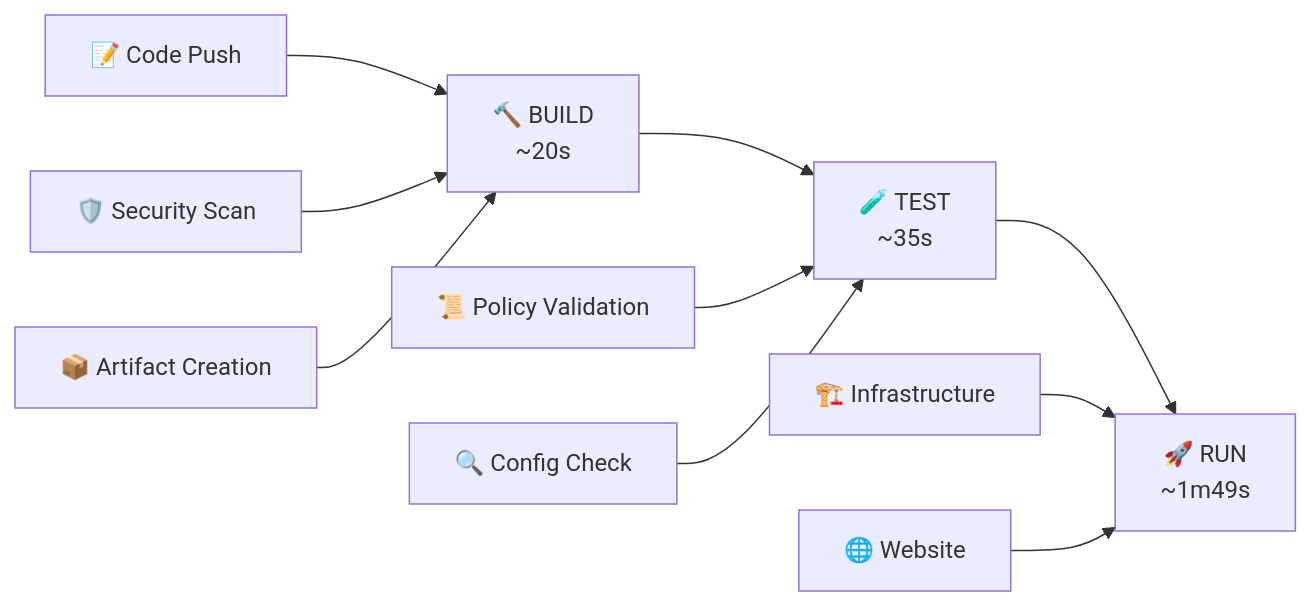
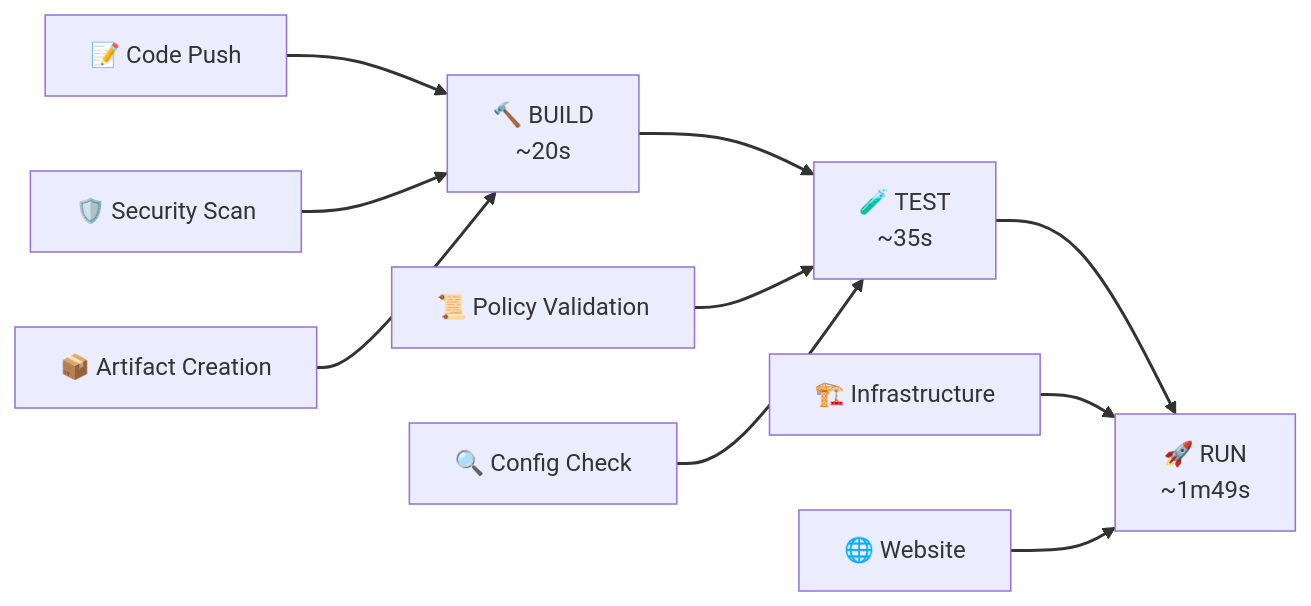
One commit to Celtikill/static-site changed the diagram in docs/workflows.md. Above: the diagram before and after it, drawn with Mermaid. The commit also changed 17 other files, not shown here.

````diff
--- a/docs/workflows.md
+++ b/docs/workflows.md
@@ -21,13 +21,27 @@
 ```mermaid
+%%{init: {'theme':'default', 'themeVariables': {'fontSize':'16px'}}}%%
 graph LR
+    accTitle: GitHub Actions Pipeline Architecture
+    accDescr: Three-phase GitHub Actions pipeline orchestrating secure infrastructure deployment through progressive quality gates. Code pushes trigger the BUILD phase executing in approximately 20 seconds performing security scanning with Checkov and Trivy validating infrastructure-as-code against security policies and vulnerability databases, while creating deployment artifacts packaging validated code for downstream phases. Successful BUILD completion advances to the TEST phase executing in approximately 35 seconds performing OPA policy validation ensuring compliance with organizational security and governance standards, combined with configuration checking validating Terraform syntax and logic correctness. Successful TEST completion advances to the RUN phase executing in approximately 1 minute 49 seconds orchestrating infrastructure provisioning through OpenTofu deploying AWS resources including S3 buckets, CloudFront distributions, WAF rules, CloudWatch dashboards, and KMS encryption keys, followed by website deployment syncing static content to S3 with cache invalidation. Each phase gates the next implementing fail-fast principles catching issues progressively earlier in the pipeline where remediation costs are lower. The total end-to-end execution time of approximately 2 minutes 44 seconds balances rapid feedback with comprehensive validation. This architecture implements continuous integration and deployment best practices with automated security scanning, policy-as-code validation, and infrastructure-as-code deployment ensuring consistent, secure, and repeatable infrastructure provisioning.
+
     A["📝 Code Push"] --> B["🔨 BUILD<br/>~20s"]
     B --> C["🧪 TEST<br/>~35s"]
     C --> D["🚀 RUN<br/>~1m49s"]
 
     B1["🛡️ Security Scan"] --> B
     B2["📦 Artifact Creation"] --> B
     C1["📜 Policy Validation"] --> C
     C2["🔍 Config Check"] --> C
     D1["🏗️ Infrastructure"] --> D
     D2["🌐 Website"] --> D
+
+    linkStyle 0 stroke:#333333,stroke-width:2px
+    linkStyle 1 stroke:#333333,stroke-width:2px
+    linkStyle 2 stroke:#333333,stroke-width:2px
+    linkStyle 3 stroke:#333333,stroke-width:2px
+    linkStyle 4 stroke:#333333,stroke-width:2px
+    linkStyle 5 stroke:#333333,stroke-width:2px
+    linkStyle 6 stroke:#333333,stroke-width:2px
+    linkStyle 7 stroke:#333333,stroke-width:2px
+    linkStyle 8 stroke:#333333,stroke-width:2px
 ```
````
